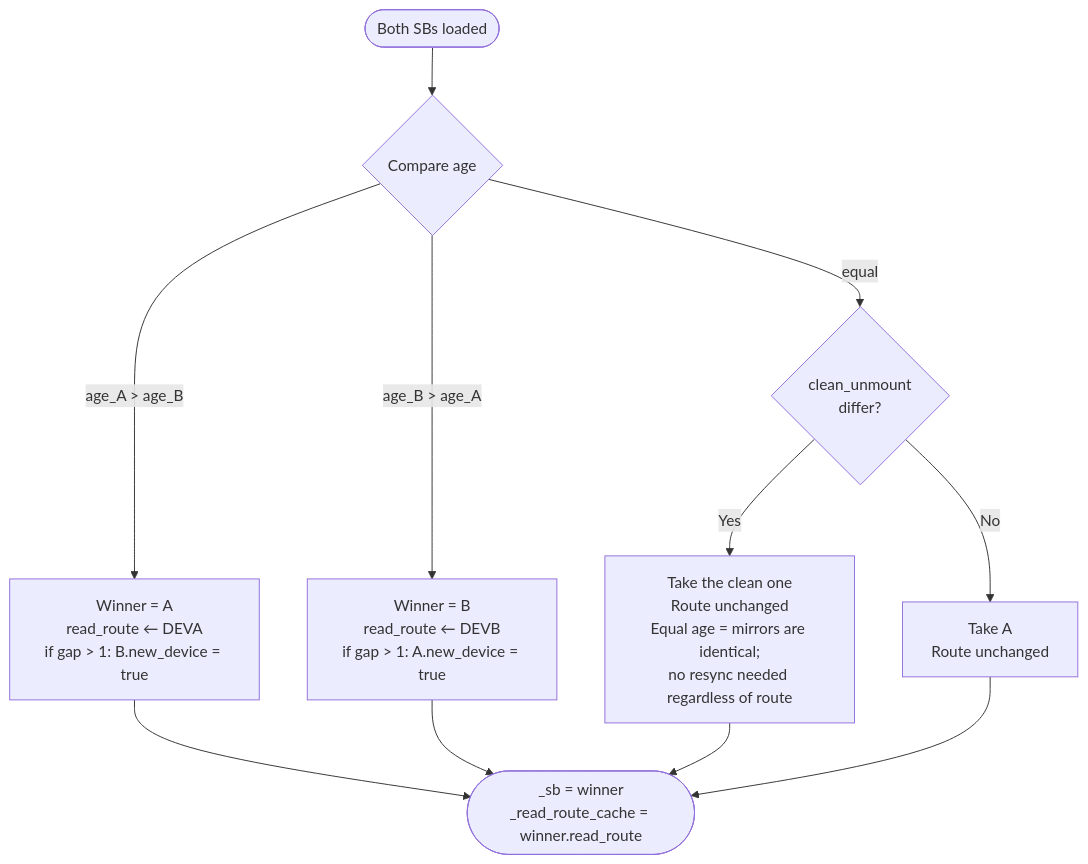
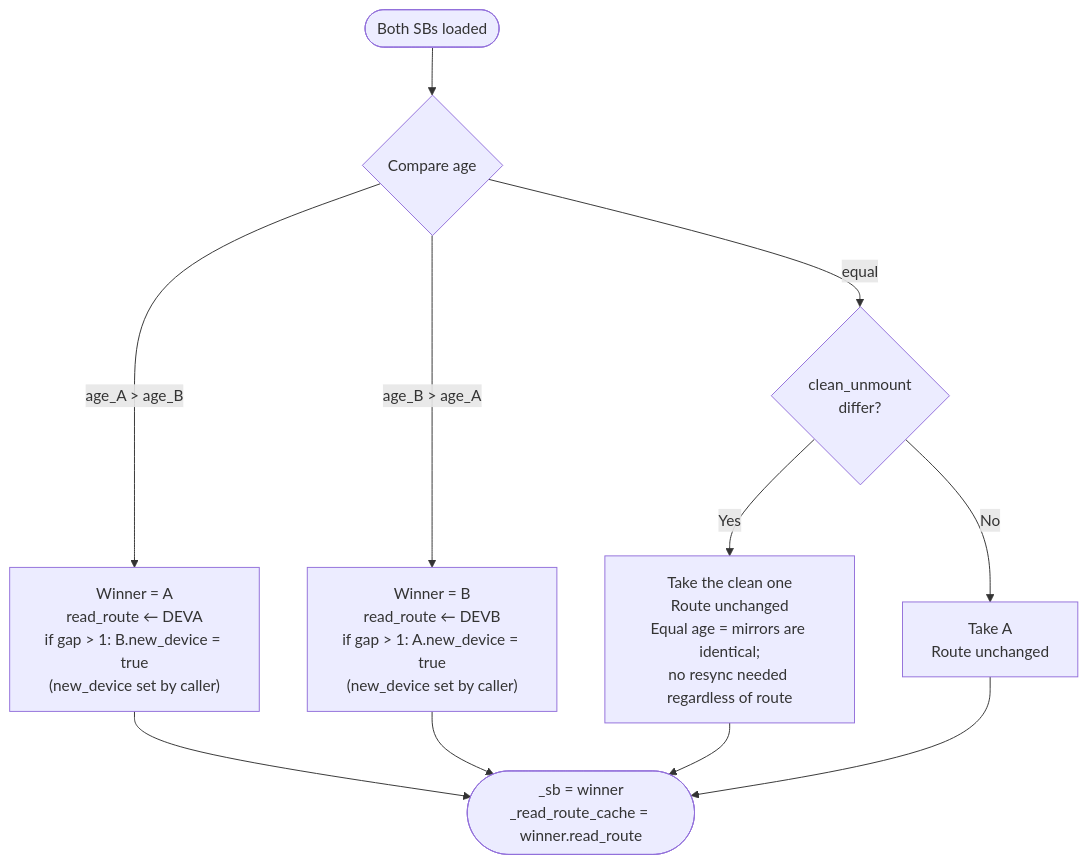
The second of 10 diagrams in docs/raid1/startup_cases.md (szmyd/ublkpp), drawn with Mermaid before and after one commit. The commit also changed other lines of this file and 1 other file, not shown here.

````diff
--- a/docs/raid1/startup_cases.md
+++ b/docs/raid1/startup_cases.md
@@ -77,16 +77,16 @@
 ```mermaid
 flowchart TD
     IN([Both SBs loaded]) --> AGE{"Compare age"}
 
-    AGE -->|"age_A > age_B"| WIN_A["Winner = A\nread_route ← DEVA\nif gap > 1: B.new_device = true"]
-    AGE -->|"age_B > age_A"| WIN_B["Winner = B\nread_route ← DEVB\nif gap > 1: A.new_device = true"]
+    AGE -->|"age_A > age_B"| WIN_A["Winner = A\nread_route ← DEVA\nif gap > 1: B.new_device = true\n(new_device set by caller)"]
+    AGE -->|"age_B > age_A"| WIN_B["Winner = B\nread_route ← DEVB\nif gap > 1: A.new_device = true\n(new_device set by caller)"]
     AGE -->|"equal"| CM{"clean_unmount\ndiffer?"}
 
     CM -->|Yes| CLEAN["Take the clean one\nRoute unchanged\nEqual age = mirrors are identical;\nno resync needed regardless of route"]
     CM -->|No| TAKE_A["Take A\nRoute unchanged"]
 
     WIN_A --> DONE([_sb = winner\n_read_route_cache = winner.read_route])
     WIN_B --> DONE
     CLEAN --> DONE
     TAKE_A --> DONE
 ```
````
